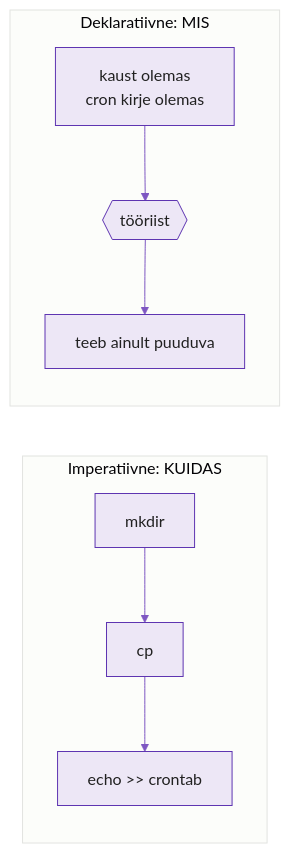
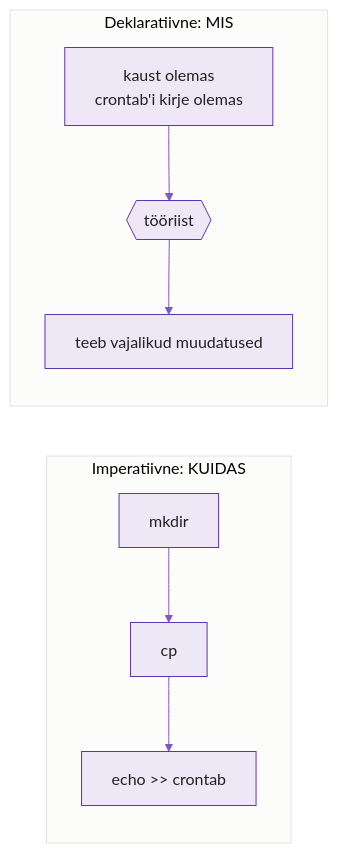
The first of 5 diagrams in docs/week09/lecture.md (hkhk-automation/devops), drawn with Mermaid before and after one commit. The commit also changed other lines of this file, not shown here.

Commit message:
N9 loeng: täpsemad väited (Ansible ei pea ressursside arvestust, korduv Docker build, muutumatu infrastruktuur ja triiv, --check), Ansible'i näide teeb sama mis Bashi skript, kohmakad laused ümber

````diff
--- a/docs/week09/lecture.md
+++ b/docs/week09/lecture.md
@@ -78,11 +84,11 @@
 ```mermaid
 %%{init: {'theme':'base','themeVariables':{'primaryColor':'#ede7f6','primaryBorderColor':'#5e35b1','primaryTextColor':'#212121','lineColor':'#7e57c2'}}}%%
 graph LR
     subgraph I["Imperatiivne: KUIDAS"]
         I1[mkdir] --> I2[cp] --> I3["echo >> crontab"]
     end
     subgraph D["Deklaratiivne: MIS"]
-        D1["kaust olemas<br/>cron kirje olemas"] --> T{{tööriist}}
-        T --> D2[teeb ainult puuduva]
+        D1["kaust olemas<br/>crontab'i kirje olemas"] --> T{{tööriist}}
+        T --> D2[teeb vajalikud muudatused]
     end
 ```
````
